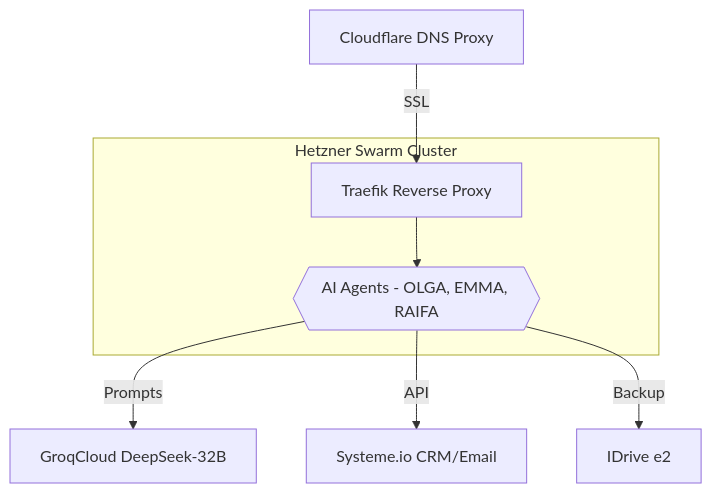
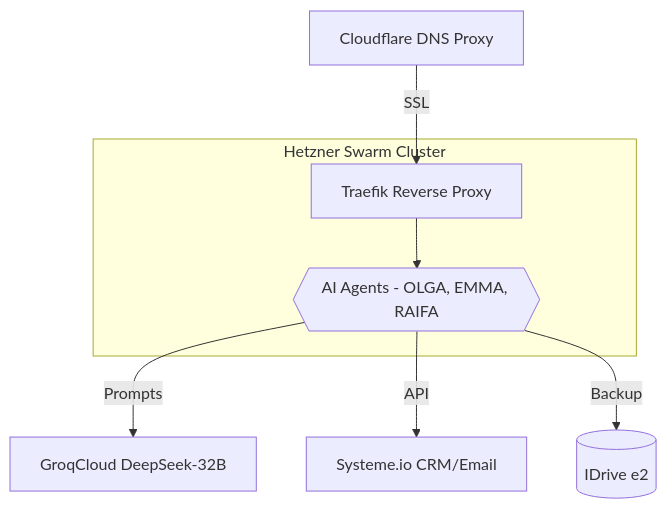
Before and after one commit to deepbrainspace/deepbrain-stack: the first of 4 diagrams in projects/bnb/v6-b.md, drawn with Mermaid.

````diff
--- a/projects/bnb/v6-b.md
+++ b/projects/bnb/v6-b.md
@@ -40,10 +40,10 @@
 ```mermaid
 flowchart TD
     U[Cloudflare DNS Proxy] -->|SSL| E[Traefik Reverse Proxy]
     subgraph Hetzner_CCX23_Cluster_Docker_Swarm[Hetzner Swarm Cluster]
         E --> Q{{AI Agents - OLGA, EMMA, RAIFA}}
     end
     Q -->|Prompts| T[GroqCloud DeepSeek-32B]
     Q -->|API| V[Systeme.io CRM/Email]
-    Q -->|Backup| I[IDrive e2]
+    Q -->|Backup| I[(IDrive e2)]
 ```
````
